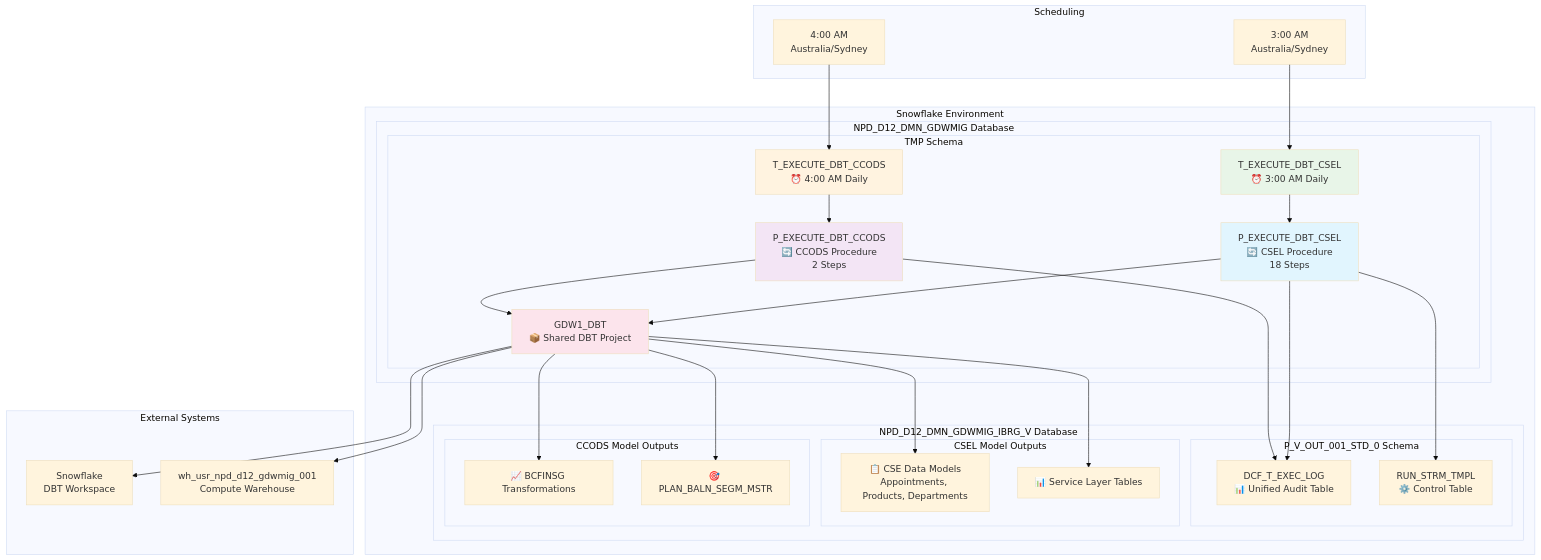
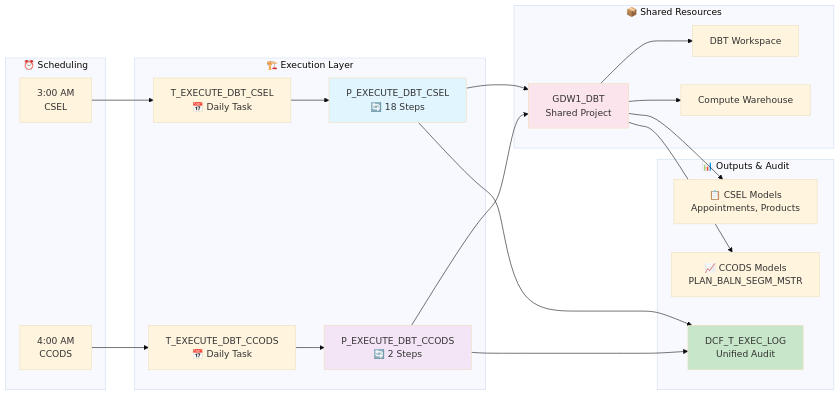
The third of 5 diagrams in GDW1/CCODS/README.md (sfc-gh-mhindi/REPO_CBA), drawn with Mermaid (base theme) before and after one commit. The commit also changed other lines of this file, not shown here.

First line of the commit message:
Make diagrams more horizontal and screenshot-friendly

````diff
--- a/GDW1/CCODS/README.md
+++ b/GDW1/CCODS/README.md
@@ -201,63 +161,42 @@
 ```mermaid
-graph TB
-    subgraph "Snowflake Environment"
-        subgraph "NPD_D12_DMN_GDWMIG Database"
-            subgraph "TMP Schema"
-                PROC_CSEL[P_EXECUTE_DBT_CSEL<br/>🔄 CSEL Procedure<br/>18 Steps]
-                TASK_CSEL[T_EXECUTE_DBT_CSEL<br/>⏰ 3:00 AM Daily]
-                PROC_CCODS[P_EXECUTE_DBT_CCODS<br/>🔄 CCODS Procedure<br/>2 Steps]
-                TASK_CCODS[T_EXECUTE_DBT_CCODS<br/>⏰ 4:00 AM Daily]
-                DBT[GDW1_DBT<br/>📦 Shared DBT Project]
-            end
-        end
-        
-        subgraph "NPD_D12_DMN_GDWMIG_IBRG_V Database"
-            subgraph "P_V_OUT_001_STD_0 Schema"
-                LOG[DCF_T_EXEC_LOG<br/>📊 Unified Audit Table]
-                CTRL[RUN_STRM_TMPL<br/>⚙️ Control Table]
-            end
-            
-            subgraph "CSEL Model Outputs"
-                CSEL_VIEWS[📋 CSE Data Models<br/>Appointments, Products, Departments]
-                CSEL_TABLES[📊 Service Layer Tables]
-            end
-            
-            subgraph "CCODS Model Outputs"
-                CCODS_VIEWS[📈 BCFINSG Transformations]
-                CCODS_TABLES[🎯 PLAN_BALN_SEGM_MSTR]
-            end
-        end
+graph LR
+    subgraph "⏰ Scheduling"
+        CRON_CSEL[3:00 AM<br/>CSEL]
+        CRON_CCODS[4:00 AM<br/>CCODS]
     end
     
-    subgraph "External Systems"
-        WORKSPACE[Snowflake<br/>DBT Workspace]
-        WAREHOUSE[wh_usr_npd_d12_gdwmig_001<br/>Compute Warehouse]
+    subgraph "🏗️ Execution Layer"
+        TASK_CSEL[T_EXECUTE_DBT_CSEL<br/>📅 Daily Task]
+        TASK_CCODS[T_EXECUTE_DBT_CCODS<br/>📅 Daily Task]
+        PROC_CSEL[P_EXECUTE_DBT_CSEL<br/>🔄 18 Steps]
+        PROC_CCODS[P_EXECUTE_DBT_CCODS<br/>🔄 2 Steps]
     end
     
-    subgraph "Scheduling"
-        CRON_CSEL[3:00 AM<br/>Australia/Sydney]
-        CRON_CCODS[4:00 AM<br/>Australia/Sydney]
+    subgraph "📦 Shared Resources"
+        DBT[GDW1_DBT<br/>Shared Project]
+        WORKSPACE[DBT Workspace]
+        WAREHOUSE[Compute Warehouse]
     end
     
-    CRON_CSEL --> TASK_CSEL
-    CRON_CCODS --> TASK_CCODS
-    TASK_CSEL --> PROC_CSEL
-    TASK_CCODS --> PROC_CCODS
+    subgraph "📊 Outputs & Audit"
+        LOG[DCF_T_EXEC_LOG<br/>Unified Audit]
+        CSEL_OUT[📋 CSEL Models<br/>Appointments, Products]
+        CCODS_OUT[📈 CCODS Models<br/>PLAN_BALN_SEGM_MSTR]
+    end
+    
+    CRON_CSEL --> TASK_CSEL --> PROC_CSEL
+    CRON_CCODS --> TASK_CCODS --> PROC_CCODS
     PROC_CSEL --> DBT
     PROC_CCODS --> DBT
     DBT --> WORKSPACE
     DBT --> WAREHOUSE
     PROC_CSEL --> LOG
     PROC_CCODS --> LOG
-    PROC_CSEL --> CTRL
-    DBT --> CSEL_VIEWS
-    DBT --> CSEL_TABLES
-    DBT --> CCODS_VIEWS
-    DBT --> CCODS_TABLES
+    DBT --> CSEL_OUT
+    DBT --> CCODS_OUT
     
     style PROC_CSEL fill:#e1f5fe
     style PROC_CCODS fill:#f3e5f5
-    style TASK_CSEL fill:#e8f5e8
-    style TASK_CCODS fill:#fff3e0
     style DBT fill:#fce4ec
+    style LOG fill:#c8e6c9
 ```
````
